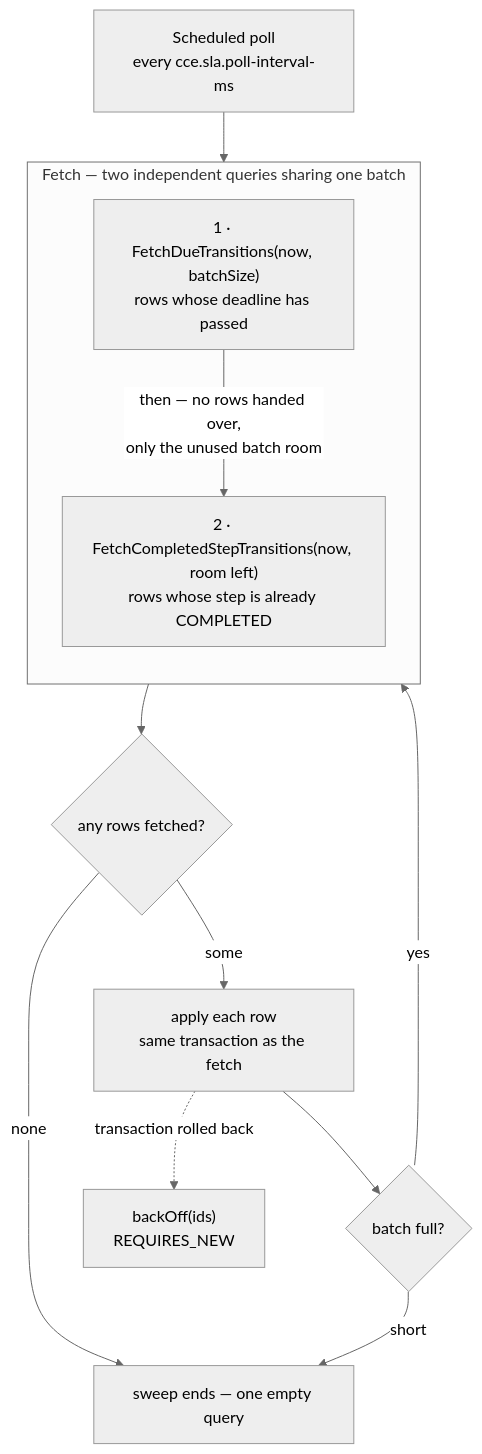
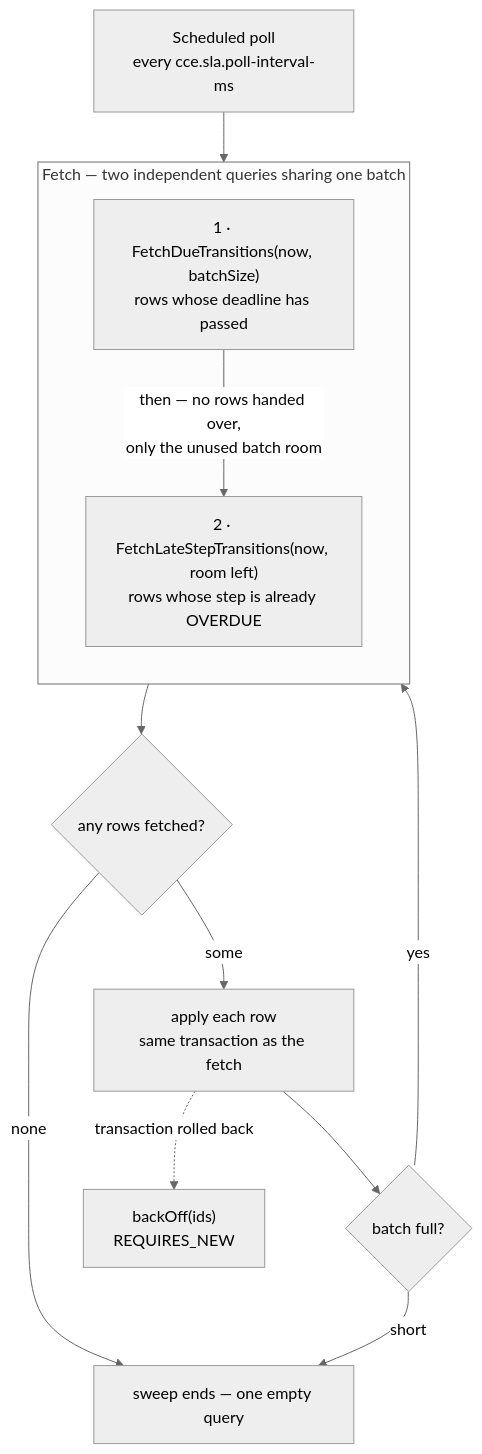
The first of 2 diagrams in docs/architecture-overview.md (Jayaprakash8887/cce-step-sla-service), drawn with Mermaid (neutral theme) before and after one commit. The commit also changed other lines of this file and 1 other file, not shown here.

First line of the commit message:
Document the early fetch as an OVERDUE-only path

````diff
--- a/docs/architecture-overview.md
+++ b/docs/architecture-overview.md
@@ -57,19 +57,19 @@
 ```mermaid
 flowchart TD
     S["Scheduled poll<br/>every cce.sla.poll-interval-ms"] --> D
 
     subgraph FETCH["Fetch — two independent queries sharing one batch"]
         direction TB
         D["1 · FetchDueTransitions(now, batchSize)<br/>rows whose deadline has passed"]
-        C["2 · FetchCompletedStepTransitions(now, room left)<br/>rows whose step is already COMPLETED"]
+        C["2 · FetchLateStepTransitions(now, room left)<br/>rows whose step is already OVERDUE"]
         D -->|"then — no rows handed over,<br/>only the unused batch room"| C
     end
 
     C --> E{"any rows fetched?"}
     E -->|"none"| Z["sweep ends — one empty query"]
     E -->|"some"| A["apply each row<br/>same transaction as the fetch"]
     A --> F{"batch full?"}
     F -->|"yes"| D
     F -->|"short"| Z
     A -.->|"transaction rolled back"| B["backOff(ids)<br/>REQUIRES_NEW"]
 ```
````
